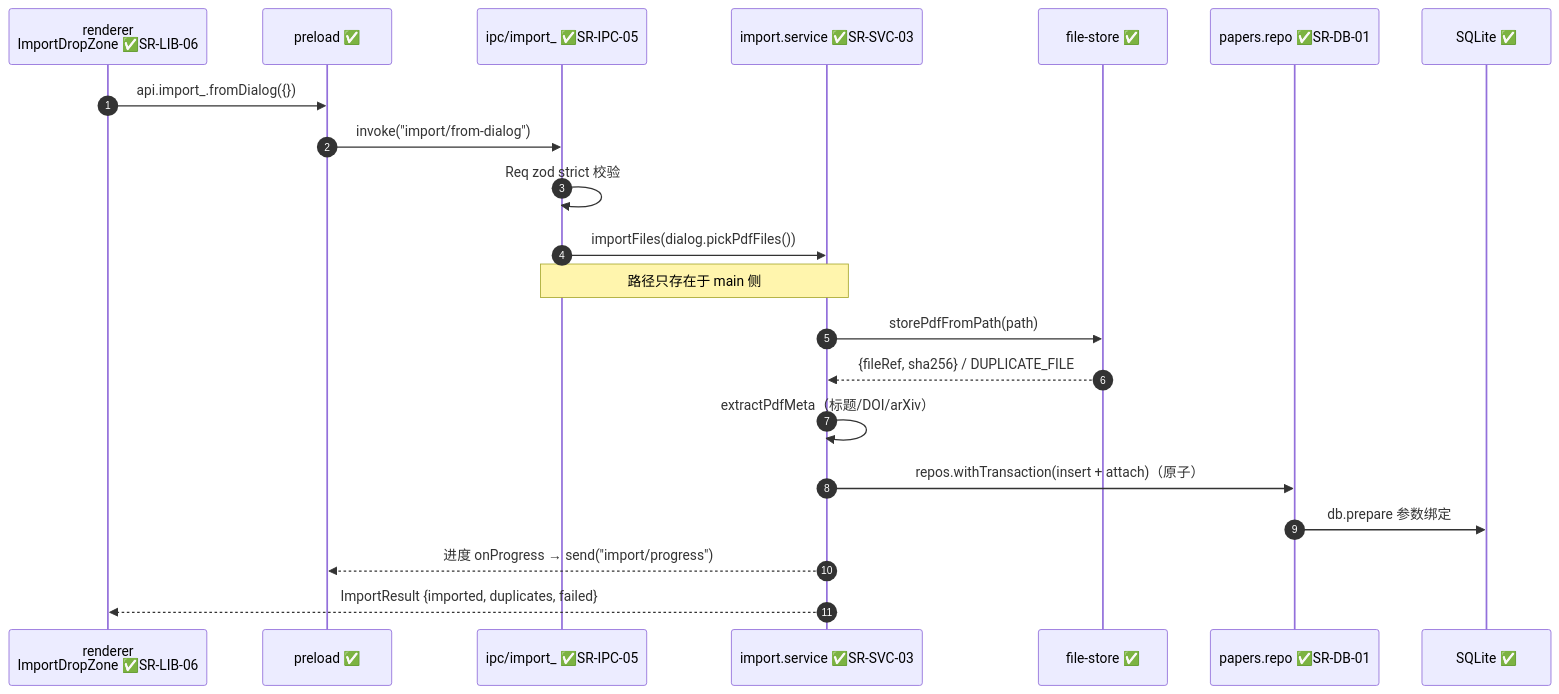
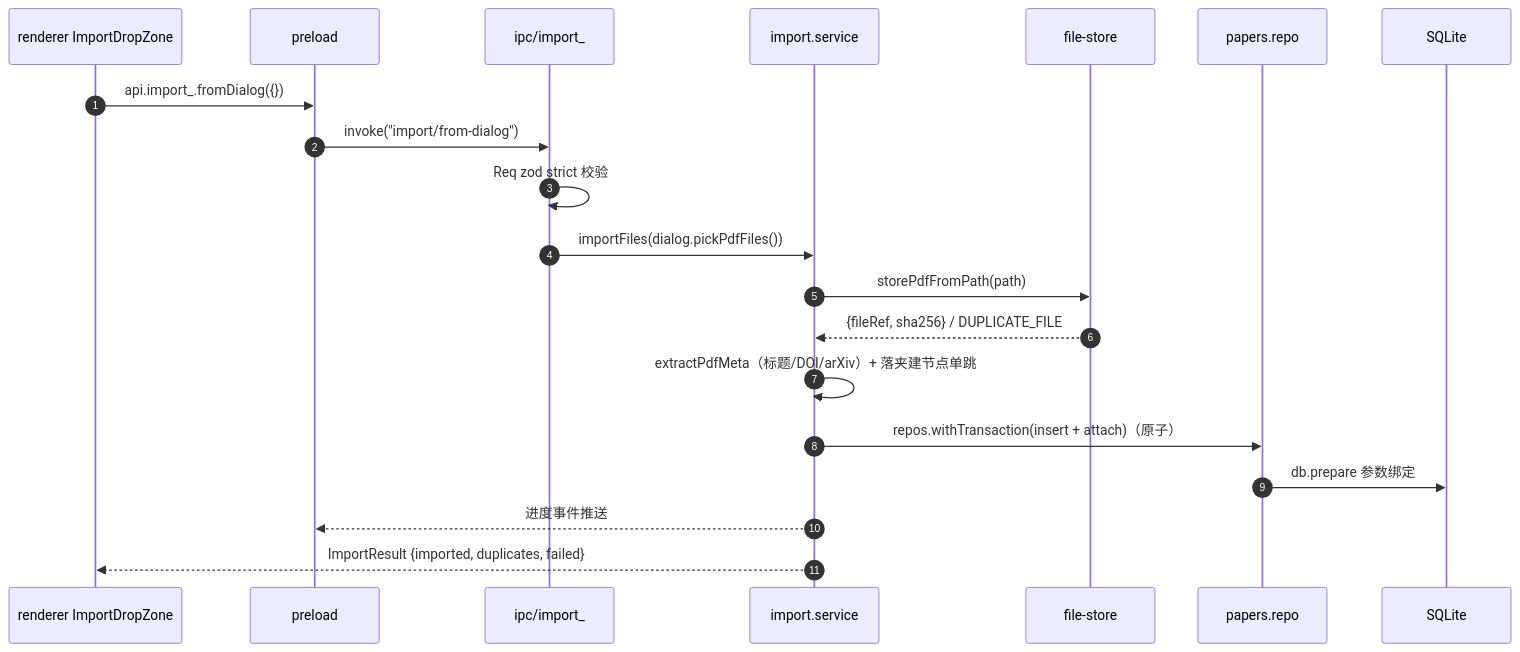
Before and after one commit to yyx20040712/Synapse: the third of 6 diagrams in docs/architecture.md, drawn with Mermaid. The commit also changed other lines of this file, not shown here.

````diff
--- a/docs/architecture.md
+++ b/docs/architecture.md
@@ -304,24 +158,23 @@
 ```mermaid
 sequenceDiagram
   autonumber
-  participant UI as renderer<br/>ImportDropZone ✅SR-LIB-06
-  participant P as preload ✅
-  participant I as ipc/import_ ✅SR-IPC-05
-  participant S as import.service ✅SR-SVC-03
-  participant F as file-store ✅
-  participant R as papers.repo ✅SR-DB-01
-  participant D as SQLite ✅
+  participant UI as renderer ImportDropZone
+  participant P as preload
+  participant I as ipc/import_
+  participant S as import.service
+  participant F as file-store
+  participant R as papers.repo
+  participant D as SQLite
 
   UI->>P: api.import_.fromDialog({})
   P->>I: invoke("import/from-dialog")
   I->>I: Req zod strict 校验
   I->>S: importFiles(dialog.pickPdfFiles())
-  Note over I,S: 路径只存在于 main 侧
   S->>F: storePdfFromPath(path)
   F-->>S: {fileRef, sha256} / DUPLICATE_FILE
-  S->>S: extractPdfMeta（标题/DOI/arXiv）
+  S->>S: extractPdfMeta（标题/DOI/arXiv）+ 落夹建节点单跳
   S->>R: repos.withTransaction(insert + attach)（原子）
   R->>D: db.prepare 参数绑定
-  S-->>P: 进度 onProgress → send("import/progress")
+  S-->>P: 进度事件推送
   S-->>UI: ImportResult {imported, duplicates, failed}
 ```
````
